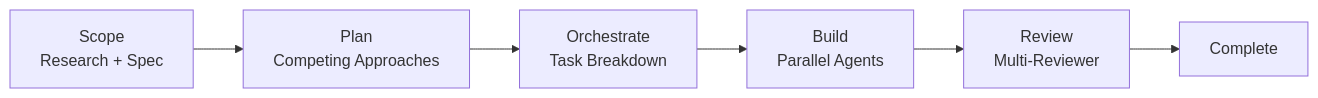
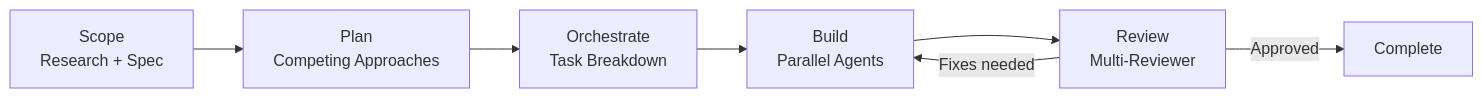
The diagram in README.md (ricky-russo/invoke), drawn with Mermaid before and after one commit.

Commit message:
fix(docs): show build-review loop in pipeline diagram

````diff
--- a/README.md
+++ b/README.md
@@ -11,8 +11,9 @@
 ```mermaid
 flowchart LR
     A["Scope\nResearch + Spec"] --> B["Plan\nCompeting Approaches"]
     B --> C["Orchestrate\nTask Breakdown"]
     C --> D["Build\nParallel Agents"]
     D --> E["Review\nMulti-Reviewer"]
-    E --> F["Complete"]
+    E -->|"Fixes needed"| D
+    E -->|"Approved"| F["Complete"]
 ```
````
